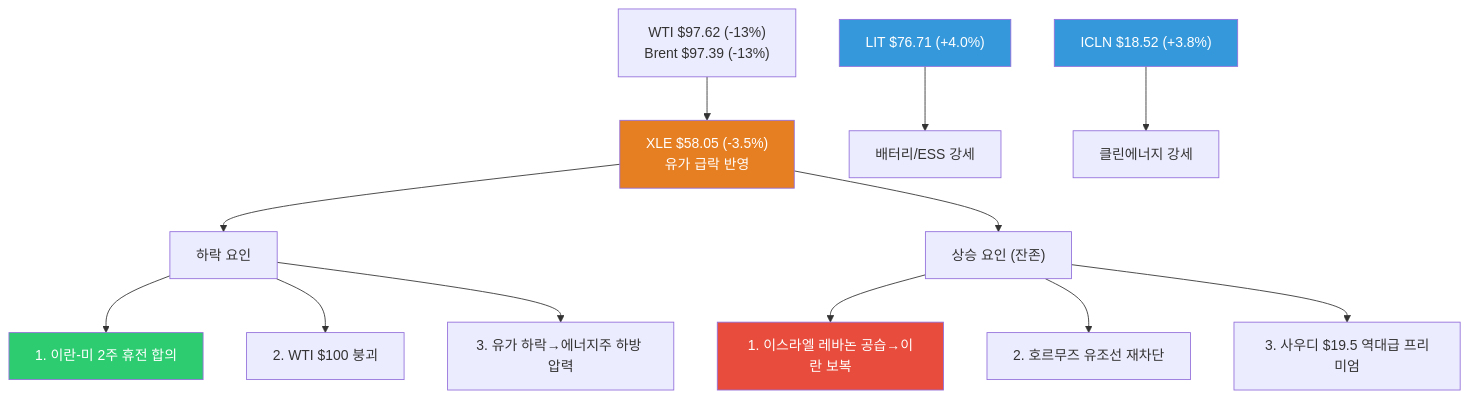
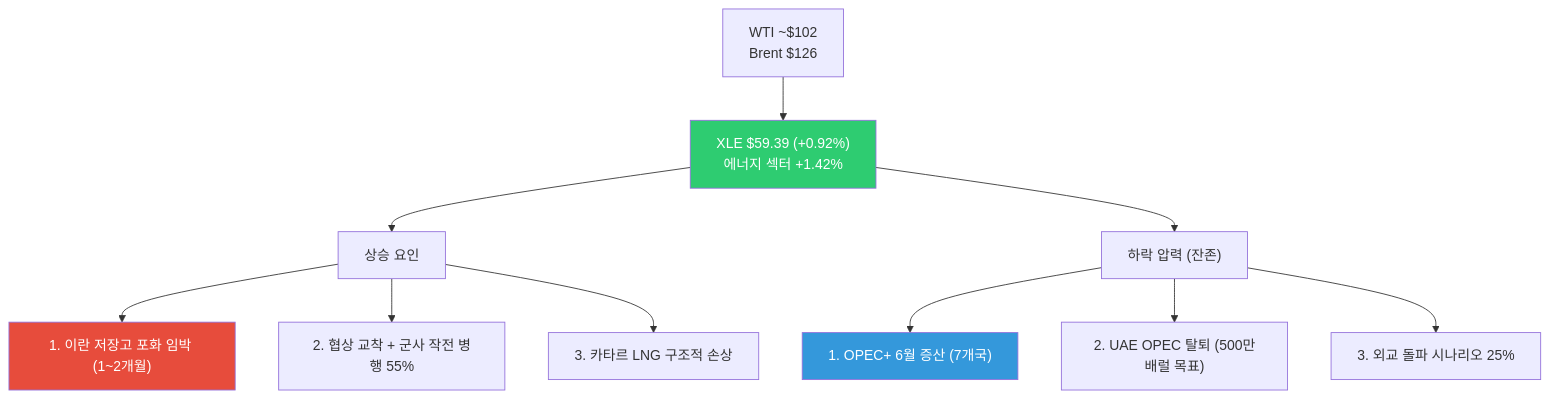
Before and after one commit to dss99911/dss99911.github.io: the sixth of 11 diagrams in _posts/knowledge/invest/2026-03-07-energy-sector-outlook-2026.md, drawn with Mermaid. The commit also changed other lines of this file and 2 other files, not shown here.

````diff
--- a/_posts/knowledge/invest/2026-03-07-energy-sector-outlook-2026.md
+++ b/_posts/knowledge/invest/2026-03-07-energy-sector-outlook-2026.md
@@ -268,23 +253,18 @@
 ```mermaid
 graph TD
-    A["WTI $97.62 #40;-13%#41;<br/>Brent $97.39 #40;-13%#41;"] --> B["XLE $58.05 #40;-3.5%#41;<br/>유가 급락 반영"]
+    A["WTI ~$102<br/>Brent $126"] --> B["XLE $59.39 #40;+0.92%#41;<br/>에너지 섹터 +1.42%"]
 
-    B --> C["하락 요인"]
-    C --> D["1. 이란-미 2주 휴전 합의"]
-    C --> E["2. WTI $100 붕괴"]
-    C --> F["3. 유가 하락→에너지주 하방 압력"]
+    B --> C["상승 요인"]
+    C --> D["1. 이란 저장고 포화 임박 #40;1~2개월#41;"]
+    C --> E["2. 협상 교착 + 군사 작전 병행 55%"]
+    C --> F["3. 카타르 LNG 구조적 손상"]
 
-    B --> G["상승 요인 #40;잔존#41;"]
-    G --> H["1. 이스라엘 레바논 공습→이란 보복"]
-    G --> I["2. 호르무즈 유조선 재차단"]
-    G --> J["3. 사우디 $19.5 역대급 프리미엄"]
+    B --> G["하락 압력 #40;잔존#41;"]
+    G --> H["1. OPEC+ 6월 증산 #40;7개국#41;"]
+    G --> I["2. UAE OPEC 탈퇴 #40;500만배럴 목표#41;"]
+    G --> J["3. 외교 돌파 시나리오 25%"]
 
-    K["LIT $76.71 #40;+4.0%#41;"] --> L["배터리/ESS 강세"]
-    M["ICLN $18.52 #40;+3.8%#41;"] --> N["클린에너지 강세"]
-
-    style B fill:#e67e22,color:#fff
-    style D fill:#2ecc71,color:#fff
-    style H fill:#e74c3c,color:#fff
-    style K fill:#3498db,color:#fff
-    style M fill:#3498db,color:#fff
+    style B fill:#2ecc71,color:#fff
+    style D fill:#e74c3c,color:#fff
+    style H fill:#3498db,color:#fff
 ```
````
